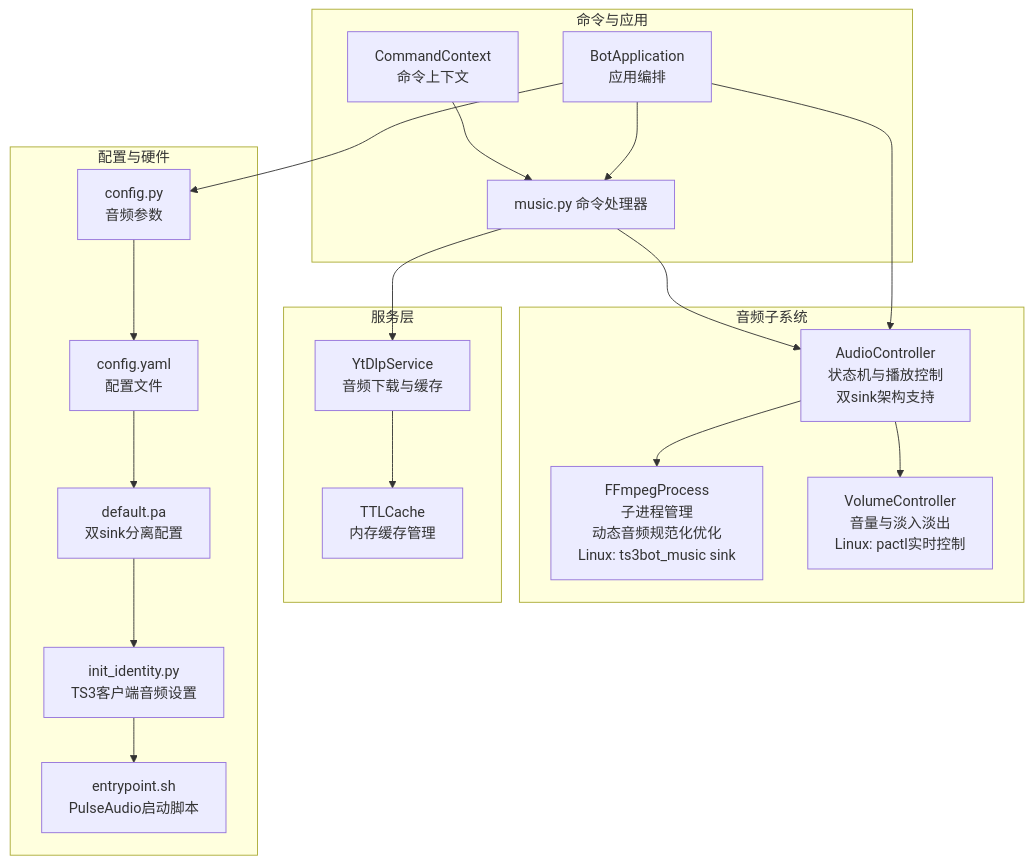
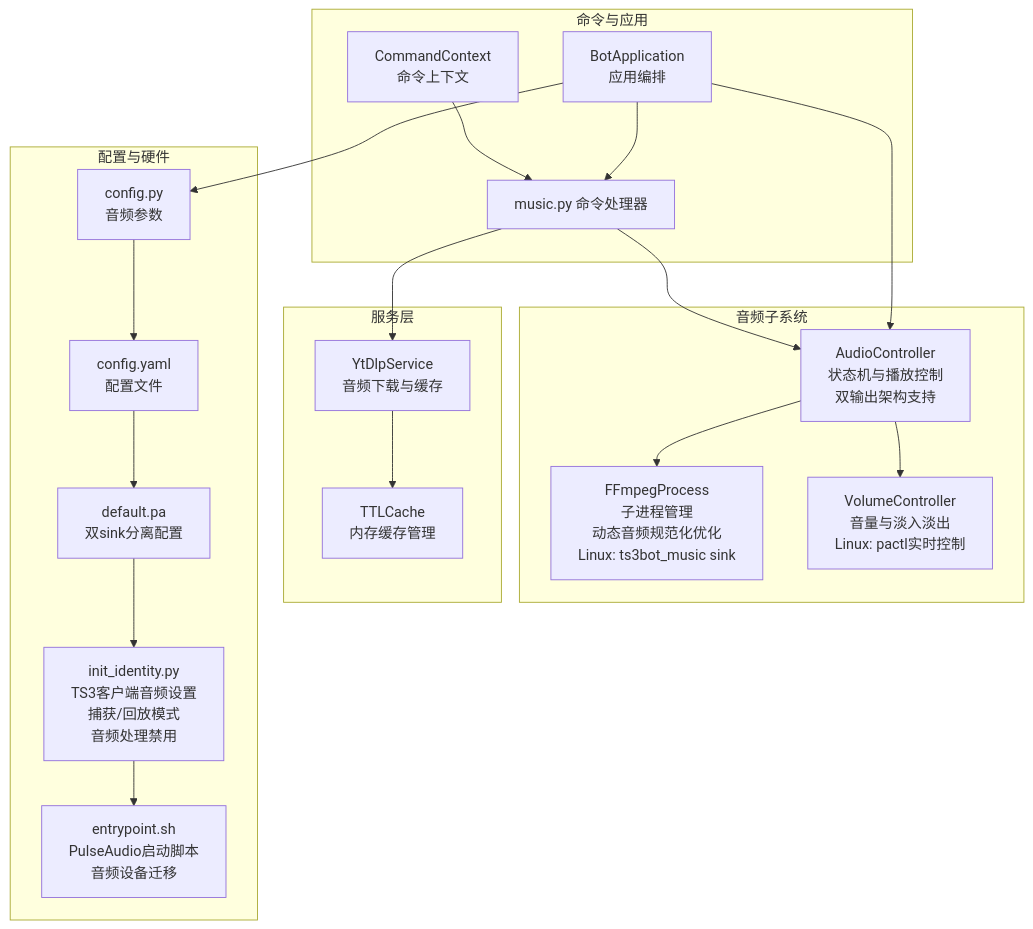
The first of 18 diagrams in .qoder/repowiki/zh/content/音乐播放系统/音频控制器.md (GhoulOwl/Teamspeak3_Bot), drawn with Mermaid before and after one commit. The commit also changed other lines of this file and 7 other files, not shown here.

````diff
--- a/.qoder/repowiki/zh/content/音乐播放系统/音频控制器.md
+++ b/.qoder/repowiki/zh/content/音乐播放系统/音频控制器.md
@@ -57,37 +68,37 @@
 ```mermaid
 graph TB
 subgraph "音频子系统"
-AC["AudioController<br/>状态机与播放控制<br/>双sink架构支持"]
+AC["AudioController<br/>状态机与播放控制<br/>双输出架构支持"]
 FFM["FFmpegProcess<br/>子进程管理<br/>动态音频规范化优化<br/>Linux: ts3bot_music sink"]
 VOL["VolumeController<br/>音量与淡入淡出<br/>Linux: pactl实时控制"]
 end
 subgraph "命令与应用"
 APP["BotApplication<br/>应用编排"]
 CMD["music.py 命令处理器"]
 CTX["CommandContext<br/>命令上下文"]
 end
 subgraph "服务层"
 YTDL["YtDlpService<br/>音频下载与缓存"]
 CACHE["TTLCache<br/>内存缓存管理"]
 end
 subgraph "配置与硬件"
 CFG["config.py<br/>音频参数"]
 YAML["config.yaml<br/>配置文件"]
 PA["default.pa<br/>双sink分离配置"]
-TS3["init_identity.py<br/>TS3客户端音频设置"]
-ENDPT["entrypoint.sh<br/>PulseAudio启动脚本"]
+TS3["init_identity.py<br/>TS3客户端音频设置<br/>捕获/回放模式<br/>音频处理禁用"]
+ENDPT["entrypoint.sh<br/>PulseAudio启动脚本<br/>音频设备迁移"]
 end
 AC --> FFM
 AC --> VOL
 APP --> AC
 APP --> CMD
 CMD --> AC
 CMD --> YTDL
 YTDL --> CACHE
 CTX --> CMD
 APP --> CFG
 CFG --> YAML
 YAML --> PA
 PA --> TS3
 TS3 --> ENDPT
 ```
````
